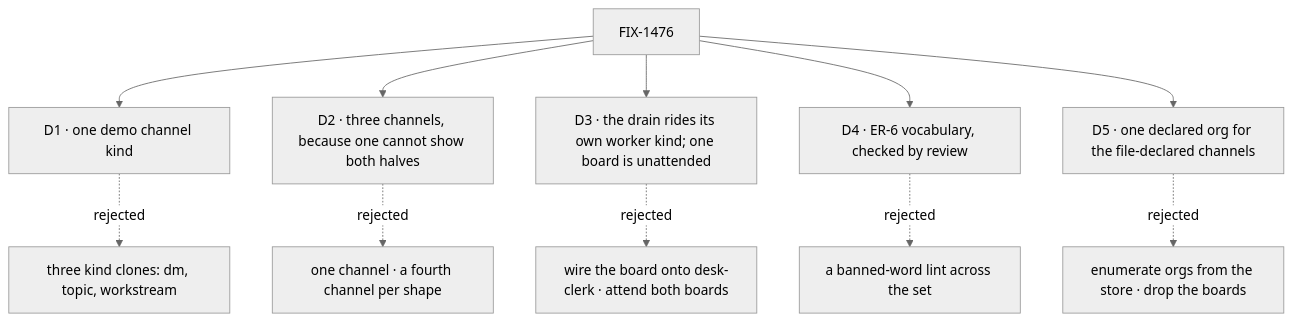
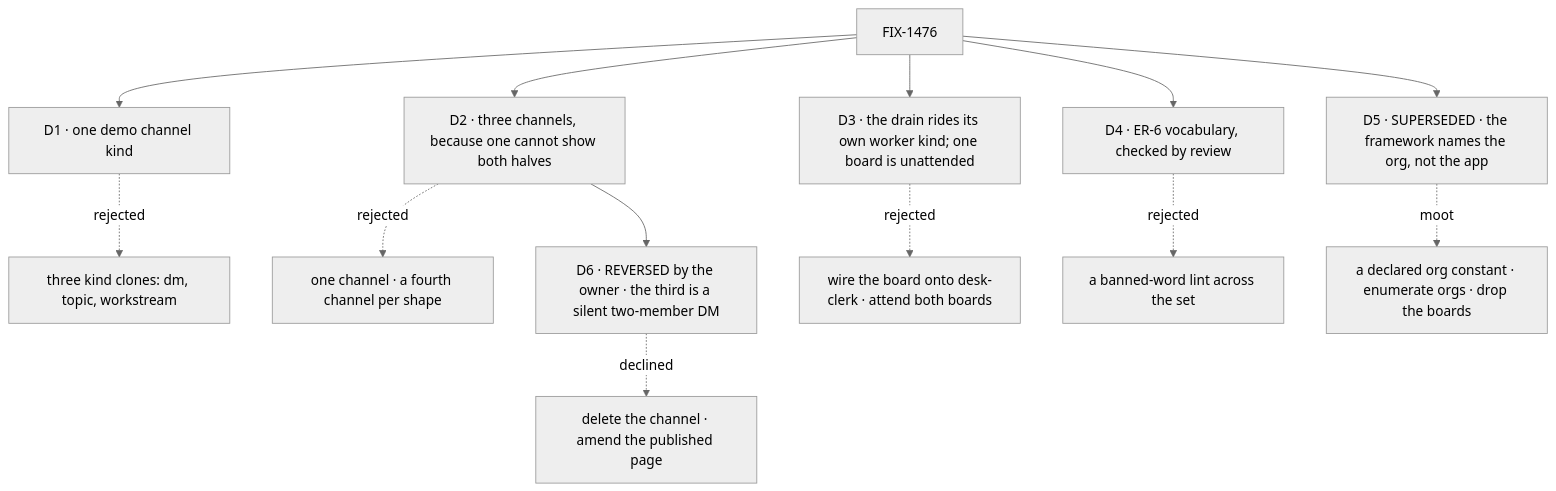
Before and after one commit to fixpoint-labs/flow-state-dev: the diagram in specs/issues/FIX-1476/DECISIONS.md, drawn with Mermaid (neutral theme). The commit also changed other lines of this file and 5 other files, not shown here.

````diff
--- a/specs/issues/FIX-1476/DECISIONS.md
+++ b/specs/issues/FIX-1476/DECISIONS.md
@@ -8,13 +10,15 @@
 ```mermaid
 flowchart TD
   I["FIX-1476"] --> D1["D1 · one demo channel kind"]
   D1 -.->|"rejected"| X1["three kind clones: dm, topic, workstream"]
   I --> D2["D2 · three channels, because one cannot show both halves"]
   D2 -.->|"rejected"| X2["one channel · a fourth channel per shape"]
+  D2 --> D6["D6 · REVERSED by the owner · the third is a silent two-member DM"]
+  D6 -.->|"declined"| X6["delete the channel · amend the published page"]
   I --> D3["D3 · the drain rides its own worker kind; one board is unattended"]
   D3 -.->|"rejected"| X3["wire the board onto desk-clerk · attend both boards"]
   I --> D4["D4 · ER-6 vocabulary, checked by review"]
   D4 -.->|"rejected"| X4["a banned-word lint across the set"]
-  I --> D5["D5 · one declared org for the file-declared channels"]
-  D5 -.->|"rejected"| X5["enumerate orgs from the store · drop the boards"]
+  I --> D5["D5 · SUPERSEDED · the framework names the org, not the app"]
+  D5 -.->|"moot"| X5["a declared org constant · enumerate orgs · drop the boards"]
 ```
````
